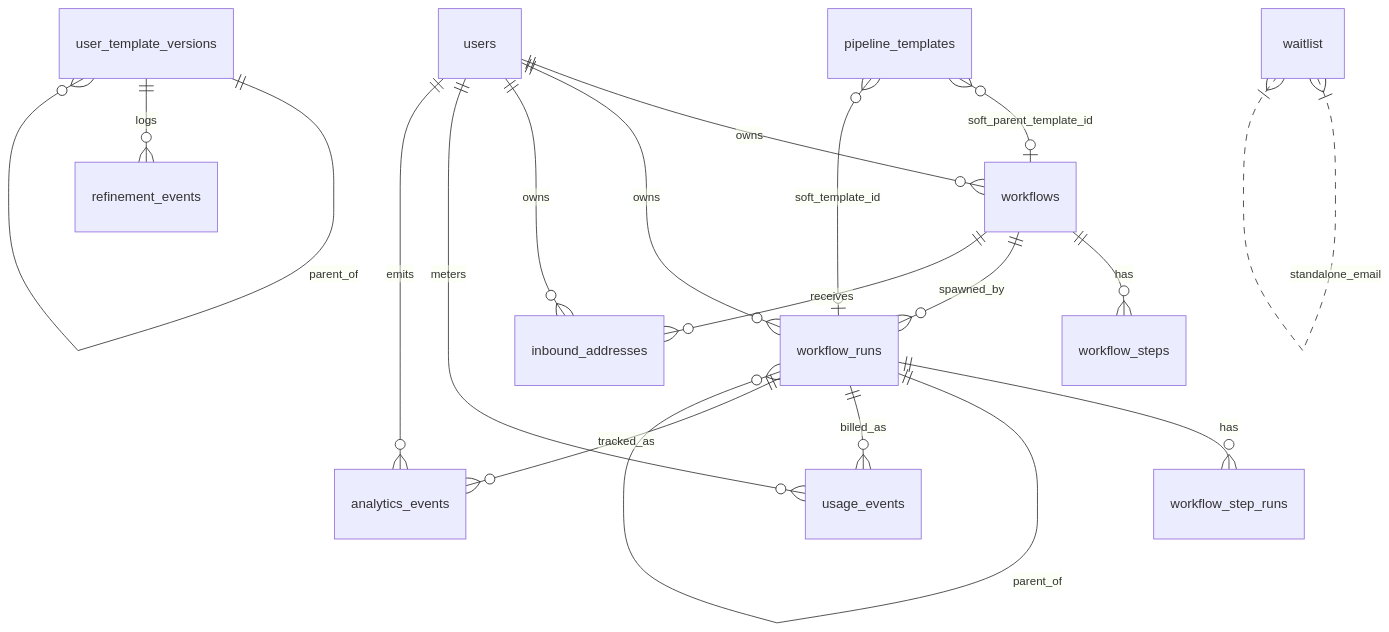
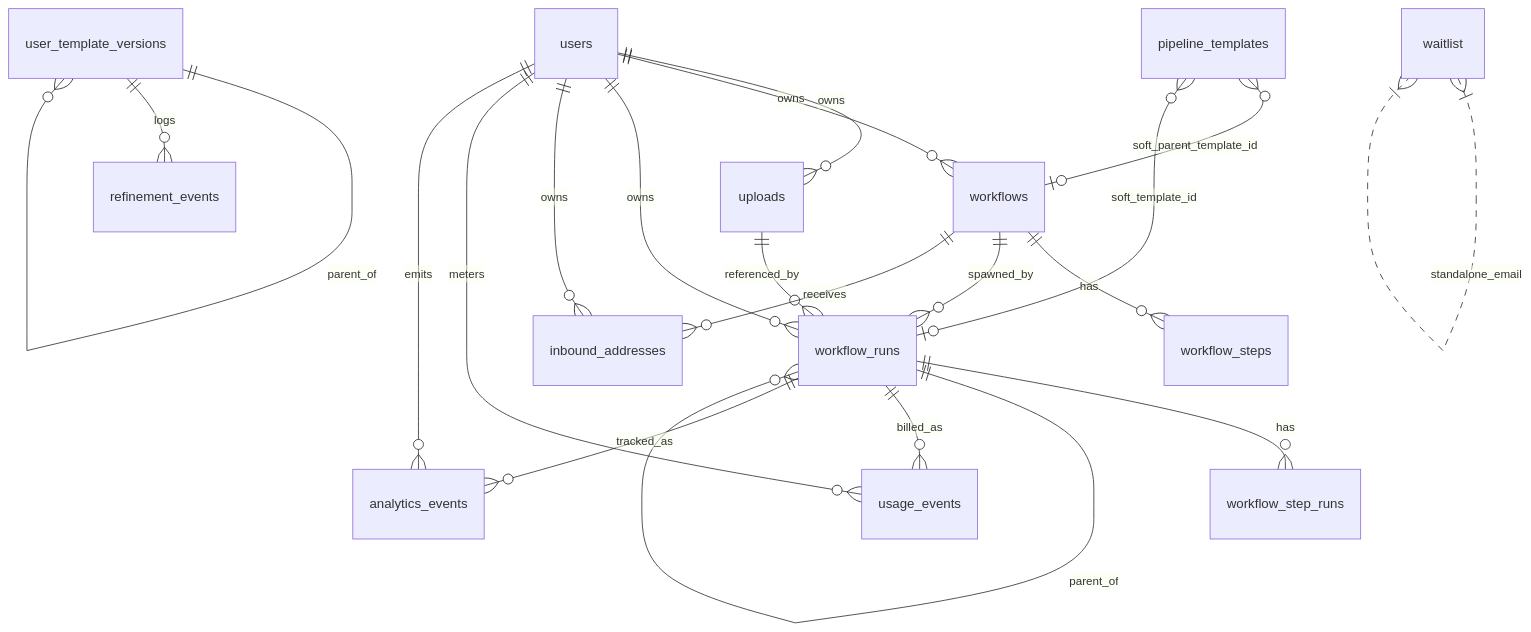
One commit to DeadPixel27/agentflow changed the fourth of 7 diagrams in docs/ARCHITECTURE.md. Above: the diagram before and after it, drawn with Mermaid. The commit also changed other lines of this file, not shown here.

First line of the commit message:
Update ARCHITECTURE.md for auth, metering, and launch posture.

````diff
--- a/docs/ARCHITECTURE.md
+++ b/docs/ARCHITECTURE.md
@@ -275,25 +278,28 @@
 ```mermaid
 erDiagram
+  users ||--o{ uploads : owns
   users ||--o{ workflows : owns
   users ||--o{ workflow_runs : owns
   users ||--o{ inbound_addresses : owns
   users ||--o{ usage_events : meters
   users ||--o{ analytics_events : emits
+
+  uploads ||--o{ workflow_runs : referenced_by
 
   workflows ||--o{ workflow_steps : has
   workflows ||--o{ workflow_runs : spawned_by
   workflows ||--o{ inbound_addresses : receives
 
   workflow_runs ||--o{ workflow_step_runs : has
   workflow_runs ||--o{ workflow_runs : parent_of
   workflow_runs ||--o{ usage_events : billed_as
   workflow_runs ||--o{ analytics_events : tracked_as
 
   user_template_versions ||--o{ user_template_versions : parent_of
   user_template_versions ||--o{ refinement_events : logs
 
   pipeline_templates }o--o| workflows : soft_parent_template_id
   pipeline_templates }o--o| workflow_runs : soft_template_id
 
   waitlist }|..|{ waitlist : standalone_email
 ```
````
